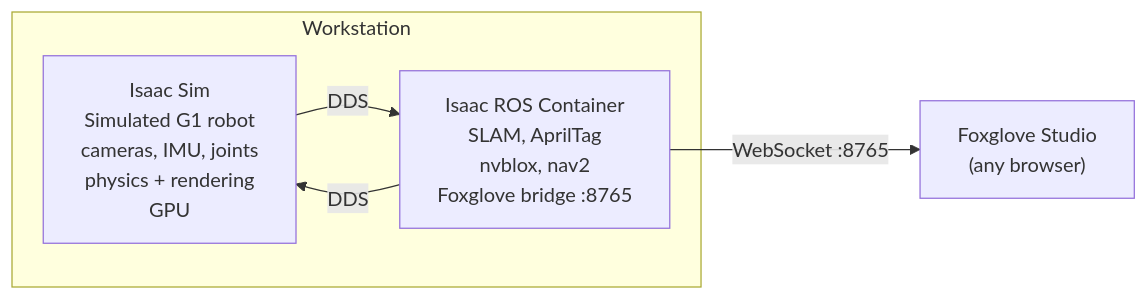
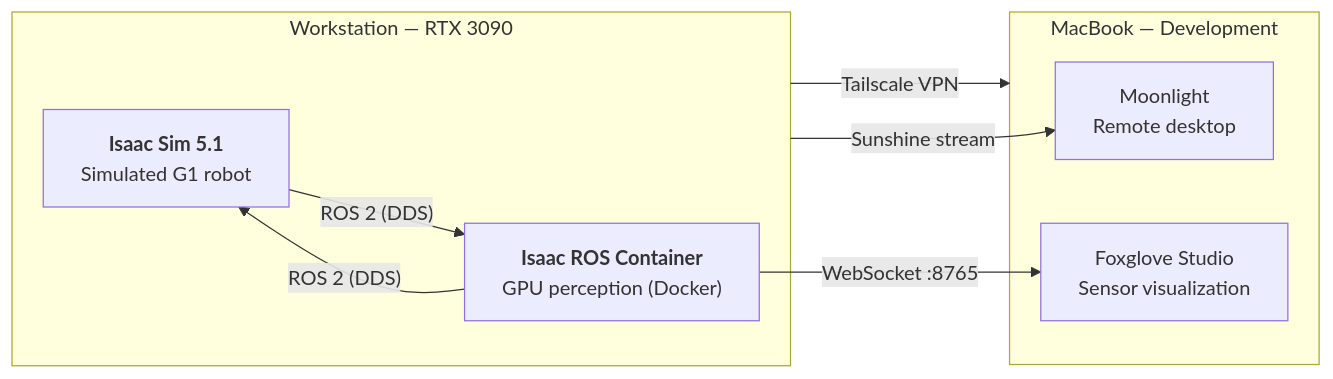
The first of 3 diagrams in docs/getting-started/index.md (zeulewan/robot-docs), drawn with Mermaid before and after one commit. The commit also changed other lines of this file and 22 other files, not shown here.

````diff
--- a/docs/getting-started/index.md
+++ b/docs/getting-started/index.md
@@ -58,12 +15,17 @@
 ```mermaid
 flowchart LR
-    subgraph WS["Workstation"]
-        SIM["Isaac Sim<br/>Simulated G1 robot<br/>cameras, IMU, joints<br/>physics + rendering<br/>GPU"]
-        ROS["Isaac ROS Container<br/>SLAM, AprilTag<br/>nvblox, nav2<br/>Foxglove bridge :8765"]
+    subgraph WS["Workstation — RTX 3090"]
+        SIM["<b>Isaac Sim 5.1</b><br/>Simulated G1 robot"]
+        ROS["<b>Isaac ROS Container</b><br/>GPU perception (Docker)"]
+        SIM -- "ROS 2 (DDS)" --> ROS
+        ROS -- "ROS 2 (DDS)" --> SIM
     end
-    FOX["Foxglove Studio<br/>(any browser)"]
+    subgraph MAC["MacBook — Development"]
+        MOON["Moonlight<br/>Remote desktop"]
+        FOX["Foxglove Studio<br/>Sensor visualization"]
+    end
 
-    SIM -- "DDS" --> ROS
-    ROS -- "DDS" --> SIM
+    WS -- "Tailscale VPN" --> MAC
     ROS -- "WebSocket :8765" --> FOX
+    WS -- "Sunshine stream" --> MOON
 ```
````
